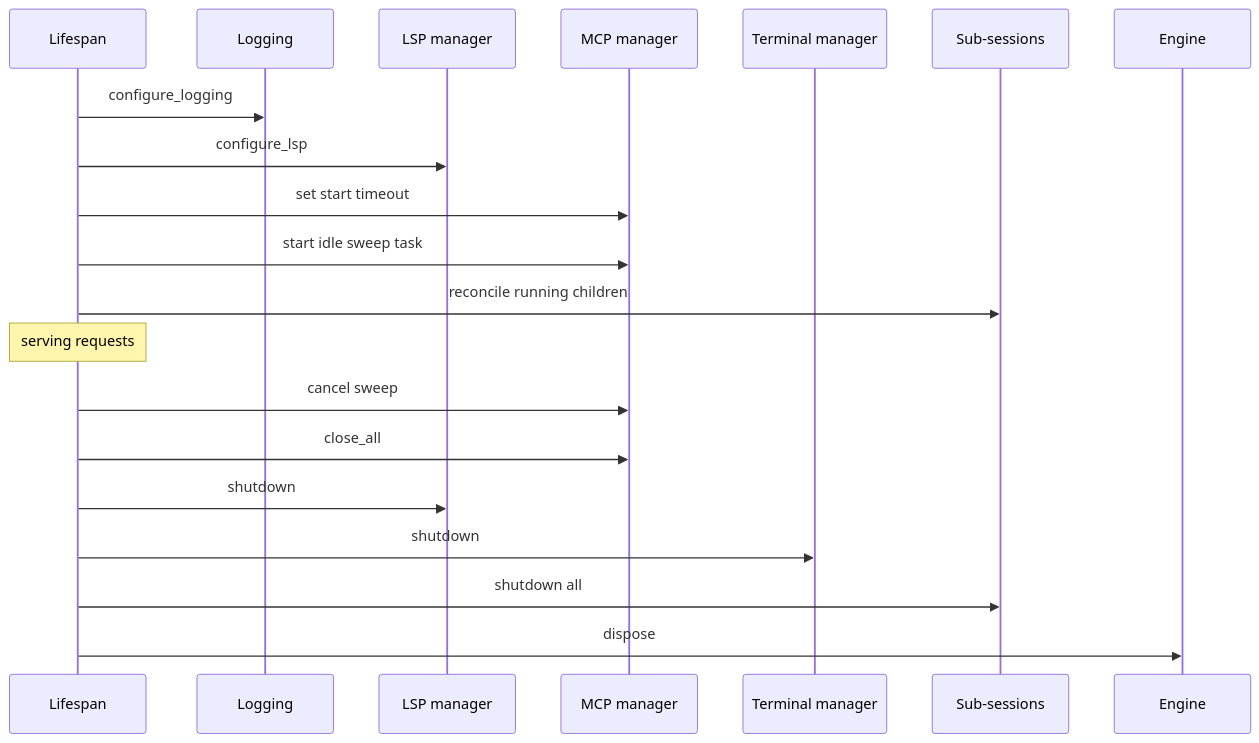
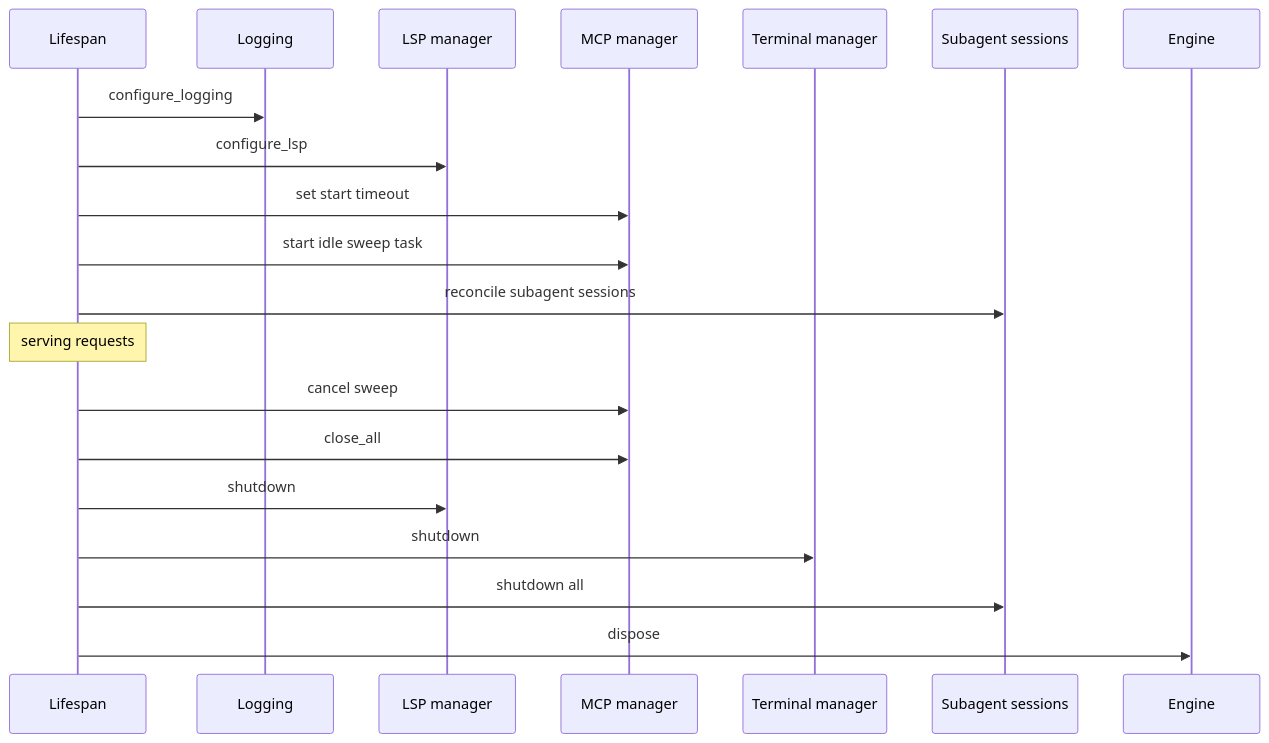
One commit to jrialland/agentbox changed the first of 3 diagrams in docs/architecture/10-concurrency-and-lifecycle.md. Above: the diagram before and after it, drawn with Mermaid. The commit also changed other lines of this file and 10 other files, not shown here.

Commit message:
docs(architecture): document subagent session orchestration

````diff
--- a/docs/architecture/10-concurrency-and-lifecycle.md
+++ b/docs/architecture/10-concurrency-and-lifecycle.md
@@ -15,23 +15,23 @@
 ```mermaid
 sequenceDiagram
   participant L as Lifespan
   participant Log as Logging
   participant LSP as LSP manager
   participant MCP as MCP manager
   participant Term as Terminal manager
-  participant Sub as Sub-sessions
+  participant Sub as Subagent sessions
   participant DB as Engine
 
   L->>Log: configure_logging
   L->>LSP: configure_lsp
   L->>MCP: set start timeout
   L->>MCP: start idle sweep task
-  L->>Sub: reconcile running children
+  L->>Sub: reconcile subagent sessions
   Note over L: serving requests
   L->>MCP: cancel sweep
   L->>MCP: close_all
   L->>LSP: shutdown
   L->>Term: shutdown
   L->>Sub: shutdown all
   L->>DB: dispose
 ```
````
